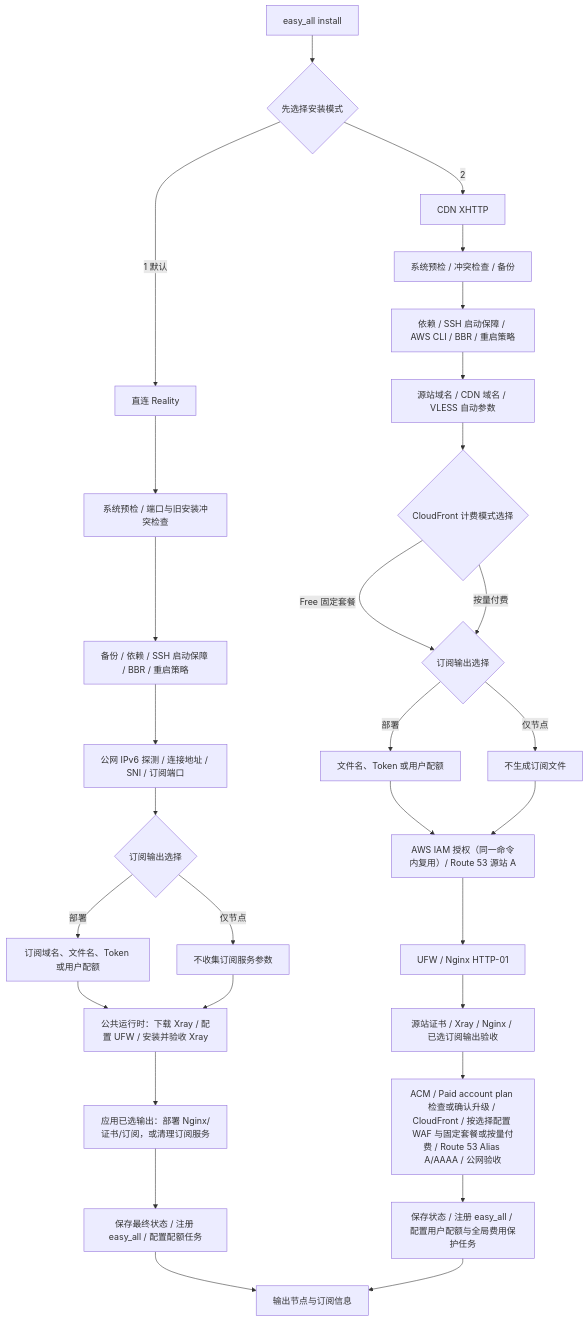
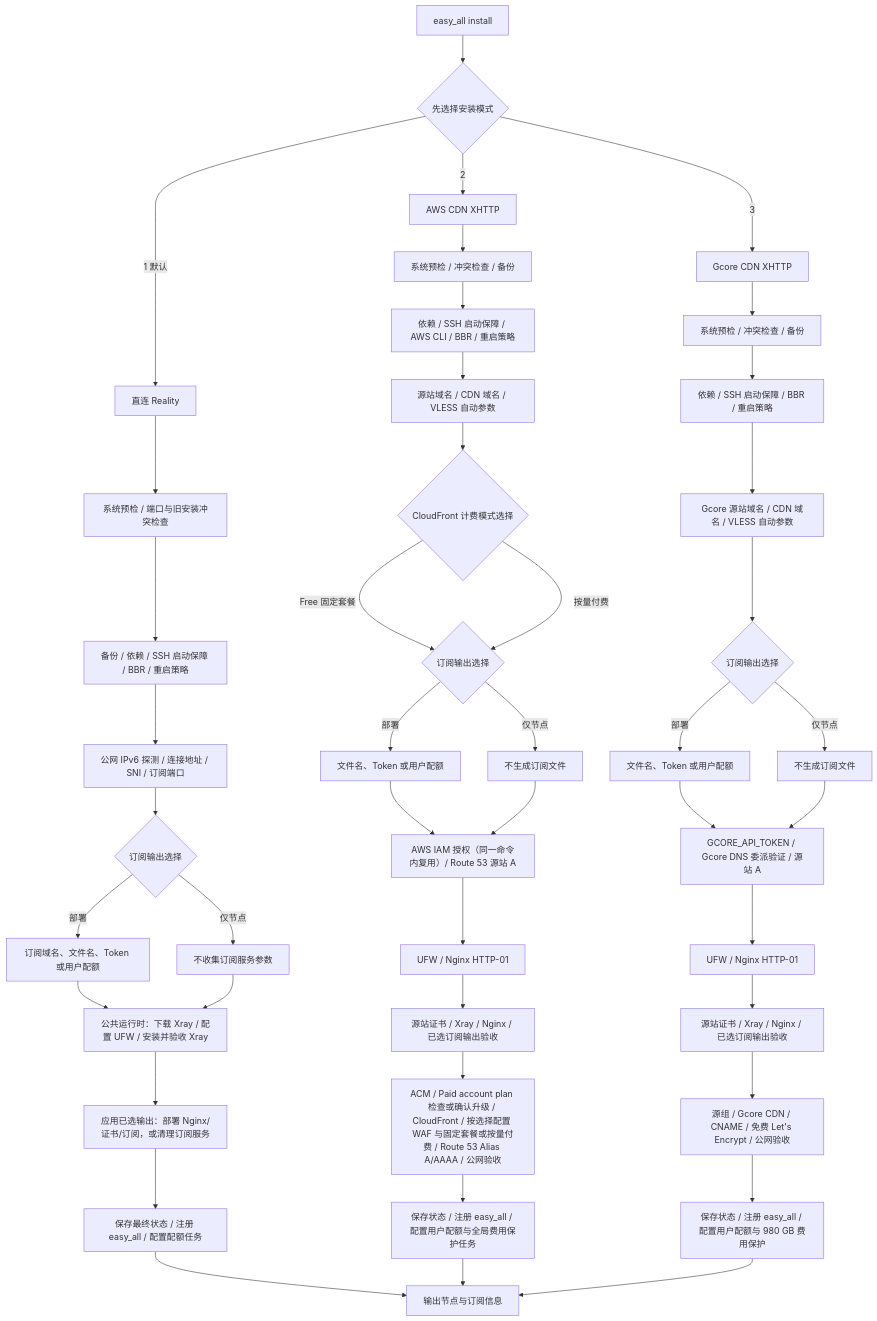
One commit to v2yiz/easy_all changed the diagram in README.md. Above: the diagram before and after it, drawn with Mermaid. The commit also changed other lines of this file and 14 other files, not shown here.

````diff
--- a/README.md
+++ b/README.md
@@ -64,34 +67,49 @@
 ```mermaid
 flowchart TD
     A[easy_all install] --> B{先选择安装模式}
 
     B -->|1 默认| R0[直连 Reality]
     R0 --> R1[系统预检 / 端口与旧安装冲突检查]
     R1 --> R2[备份 / 依赖 / SSH 启动保障 / BBR / 重启策略]
     R2 --> R3[公网 IPv6 探测 / 连接地址 / SNI / 订阅端口]
     R3 --> R4{订阅输出选择}
     R4 -->|部署| R5[订阅域名、文件名、Token 或用户配额]
     R4 -->|仅节点| R6[不收集订阅服务参数]
     R5 --> R7[公共运行时：下载 Xray / 配置 UFW / 安装并验收 Xray]
     R6 --> R7
     R7 --> R8[应用已选输出：部署 Nginx/证书/订阅，或清理订阅服务]
     R8 --> R9[保存最终状态 / 注册 easy_all / 配置配额任务]
     R9 --> Z[输出节点与订阅信息]
 
-    B -->|2| X0[CDN XHTTP]
+    B -->|2| X0[AWS CDN XHTTP]
     X0 --> X1[系统预检 / 冲突检查 / 备份]
     X1 --> X2[依赖 / SSH 启动保障 / AWS CLI / BBR / 重启策略]
     X2 --> X3[源站域名 / CDN 域名 / VLESS 自动参数]
     X3 --> X3A{CloudFront 计费模式选择}
     X3A -->|Free 固定套餐| X4{订阅输出选择}
     X3A -->|按量付费| X4
     X4 -->|部署| X5[文件名、Token 或用户配额]
     X4 -->|仅节点| X6[不生成订阅文件]
     X5 --> X7[AWS IAM 授权（同一命令内复用）/ Route 53 源站 A]
     X6 --> X7
     X7 --> X8[UFW / Nginx HTTP-01]
     X8 --> X9[源站证书 / Xray / Nginx / 已选订阅输出验收]
     X9 --> X10[ACM / Paid account plan 检查或确认升级 / CloudFront / 按选择配置 WAF 与固定套餐或按量付费 / Route 53 Alias A/AAAA / 公网验收]
     X10 --> X11[保存状态 / 注册 easy_all / 配置用户配额与全局费用保护任务]
     X11 --> Z
+
+    B -->|3| G0[Gcore CDN XHTTP]
+    G0 --> G1[系统预检 / 冲突检查 / 备份]
+    G1 --> G2[依赖 / SSH 启动保障 / BBR / 重启策略]
+    G2 --> G3[Gcore 源站域名 / CDN 域名 / VLESS 自动参数]
+    G3 --> G4{订阅输出选择}
+    G4 -->|部署| G5[文件名、Token 或用户配额]
+    G4 -->|仅节点| G6[不生成订阅文件]
+    G5 --> G7[GCORE_API_TOKEN / Gcore DNS 委派验证 / 源站 A]
+    G6 --> G7
+    G7 --> G8[UFW / Nginx HTTP-01]
+    G8 --> G9[源站证书 / Xray / Nginx / 已选订阅输出验收]
+    G9 --> G10[源组 / Gcore CDN / CNAME / 免费 Let's Encrypt / 公网验收]
+    G10 --> G11[保存状态 / 注册 easy_all / 配置用户配额与 980 GB 费用保护]
+    G11 --> Z
 ```
````
